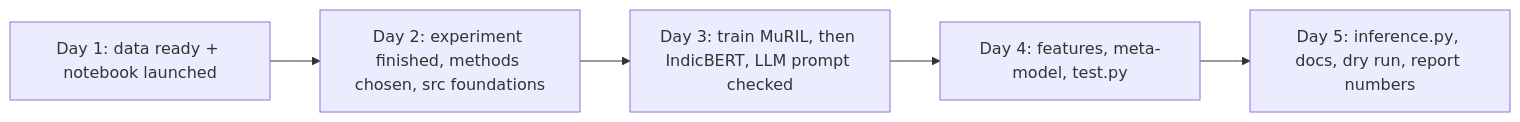
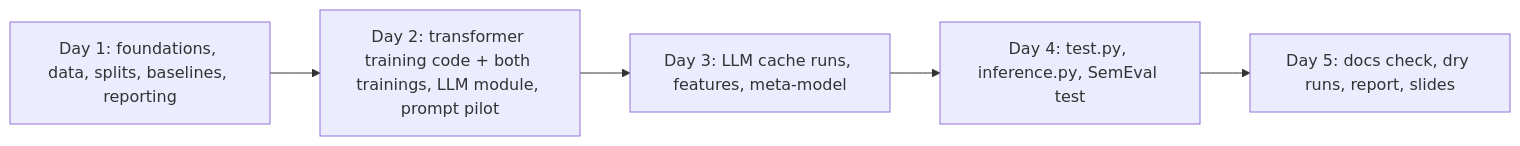
One commit to harshitagr42/EcoConsensus changed the diagram in docs/IMPLEMENTATION_PLAN.md. Above: the diagram before and after it, drawn with Mermaid. The commit also changed other lines of this file and 11 other files, not shown here.

Commit message:
updated the docs and improved the experiment.ipynb so now QLoRA runs on collab

````diff
--- a/docs/IMPLEMENTATION_PLAN.md
+++ b/docs/IMPLEMENTATION_PLAN.md
@@ -13,7 +27,7 @@
 ```mermaid
 flowchart LR
-    A["Day 1: data ready + notebook launched"] --> B["Day 2: experiment finished, methods chosen, src foundations"]
-    B --> C["Day 3: train MuRIL, then IndicBERT, LLM prompt checked"]
-    C --> D["Day 4: features, meta-model, test.py"]
-    D --> E["Day 5: inference.py, docs, dry run, report numbers"]
+    D1[Day 1: foundations, data, splits, baselines, reporting] --> D2[Day 2: transformer training code + both trainings, LLM module, prompt pilot]
+    D2 --> D3[Day 3: LLM cache runs, features, meta-model]
+    D3 --> D4[Day 4: test.py, inference.py, SemEval test]
+    D4 --> D5[Day 5: docs check, dry runs, report, slides]
 ```
````
